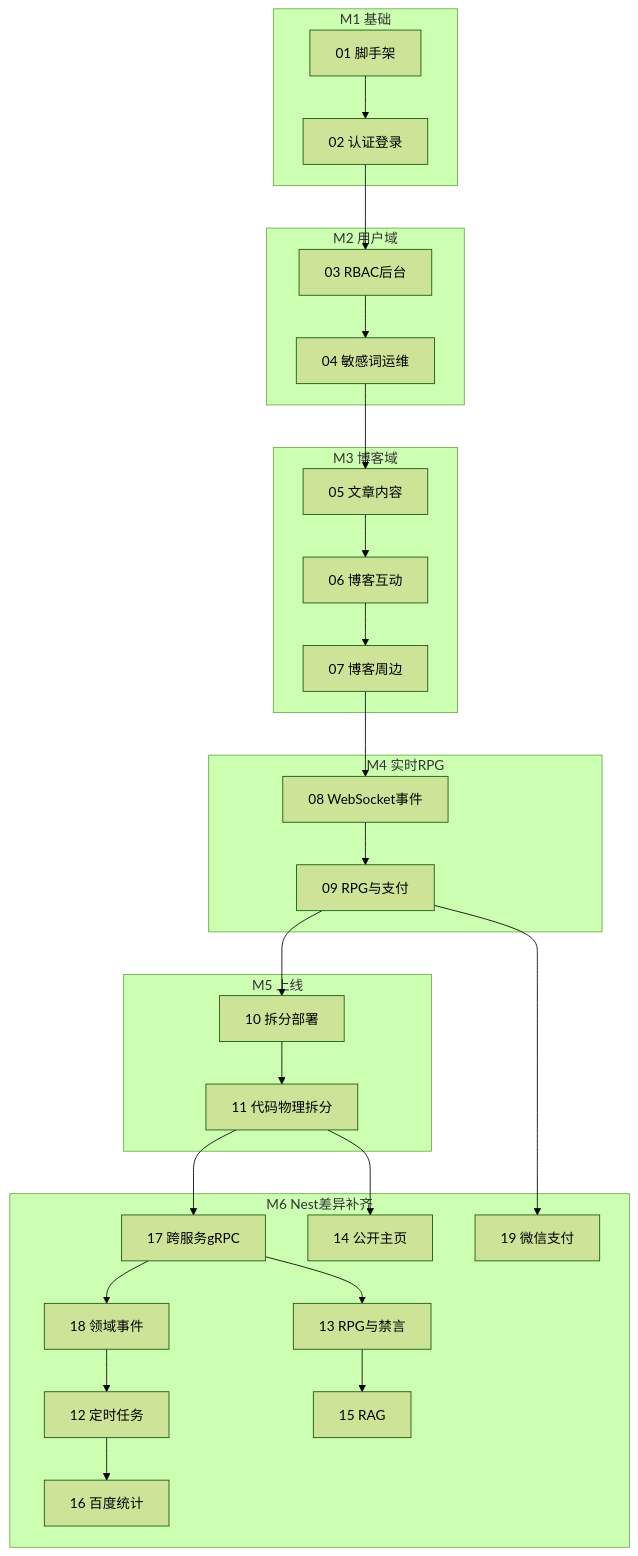
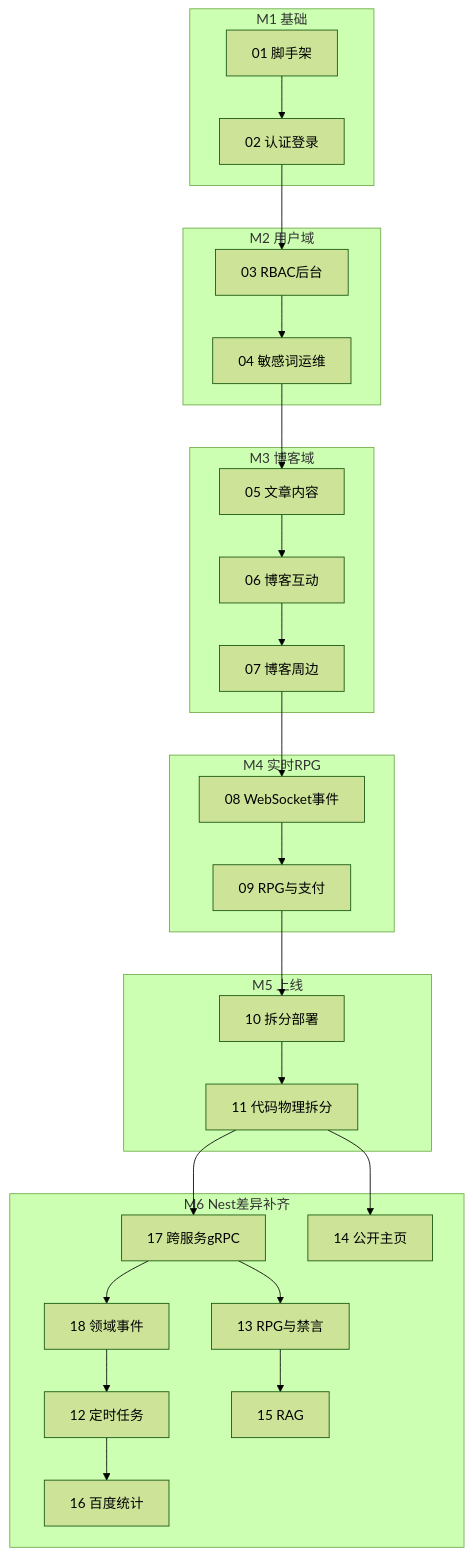
One commit to Jiang-Xia/blog-server-go changed the diagram in .cursor/plans/README.md. Above: the diagram before and after it, drawn with Mermaid (forest theme). The commit also changed other lines of this file and 27 other files, not shown here.

````diff
--- a/.cursor/plans/README.md
+++ b/.cursor/plans/README.md
@@ -17,42 +17,40 @@
 ```mermaid
 flowchart TB
   subgraph M1 [M1 基础]
     P01["01 脚手架"]
     P02["02 认证登录"]
   end
   subgraph M2 [M2 用户域]
     P03["03 RBAC后台"]
     P04["04 敏感词运维"]
   end
   subgraph M3 [M3 博客域]
     P05["05 文章内容"]
     P06["06 博客互动"]
     P07["07 博客周边"]
   end
   subgraph M4 [M4 实时RPG]
     P08["08 WebSocket事件"]
     P09["09 RPG与支付"]
   end
   subgraph M5 [M5 上线]
     P10["10 拆分部署"]
     P11["11 代码物理拆分"]
   end
   subgraph M6 [M6 Nest差异补齐]
     P17["17 跨服务gRPC"]
     P18["18 领域事件"]
     P12["12 定时任务"]
     P13["13 RPG与禁言"]
     P14["14 公开主页"]
     P15["15 RAG"]
     P16["16 百度统计"]
-    P19["19 微信支付"]
   end
   P01 --> P02 --> P03 --> P04 --> P05 --> P06 --> P07 --> P08 --> P09 --> P10 --> P11
   P11 --> P17 --> P18
   P17 --> P13
   P11 --> P14
   P18 --> P12
   P12 --> P16
   P13 --> P15
-  P09 --> P19
 ```
````
